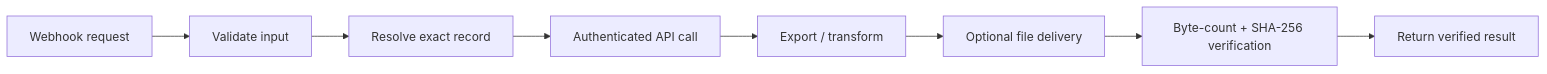
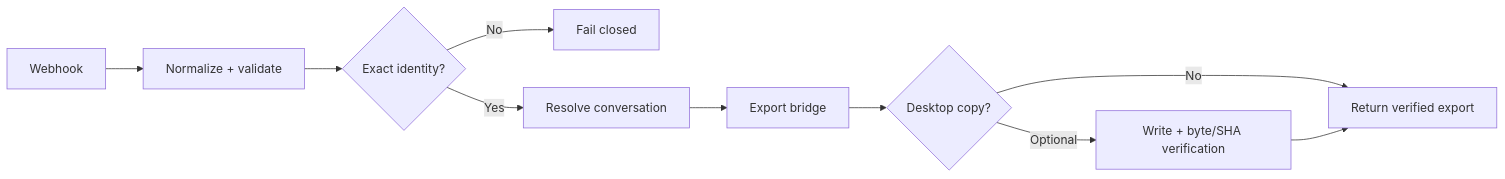
The second of 4 diagrams in portfolio/README.md (donzpixelz/donzpixelz), drawn with Mermaid before and after one commit. The commit also changed other lines of this file and 4 other files, not shown here.

````diff
--- a/portfolio/README.md
+++ b/portfolio/README.md
@@ -73,10 +49,12 @@
 ```mermaid
 flowchart LR
-    A[Webhook request] --> B[Validate input]
-    B --> C[Resolve exact record]
-    C --> D[Authenticated API call]
-    D --> E[Export / transform]
-    E --> F[Optional file delivery]
-    F --> G[Byte-count + SHA-256 verification]
-    G --> H[Return verified result]
+    A[Webhook] --> B[Normalize + validate]
+    B --> C{Exact identity?}
+    C -->|No| X[Fail closed]
+    C -->|Yes| D[Resolve conversation]
+    D --> E[Export bridge]
+    E --> F{Desktop copy?}
+    F -->|Optional| G[Write + byte/SHA verification]
+    F -->|No| H[Return verified export]
+    G --> H
 ```
````
